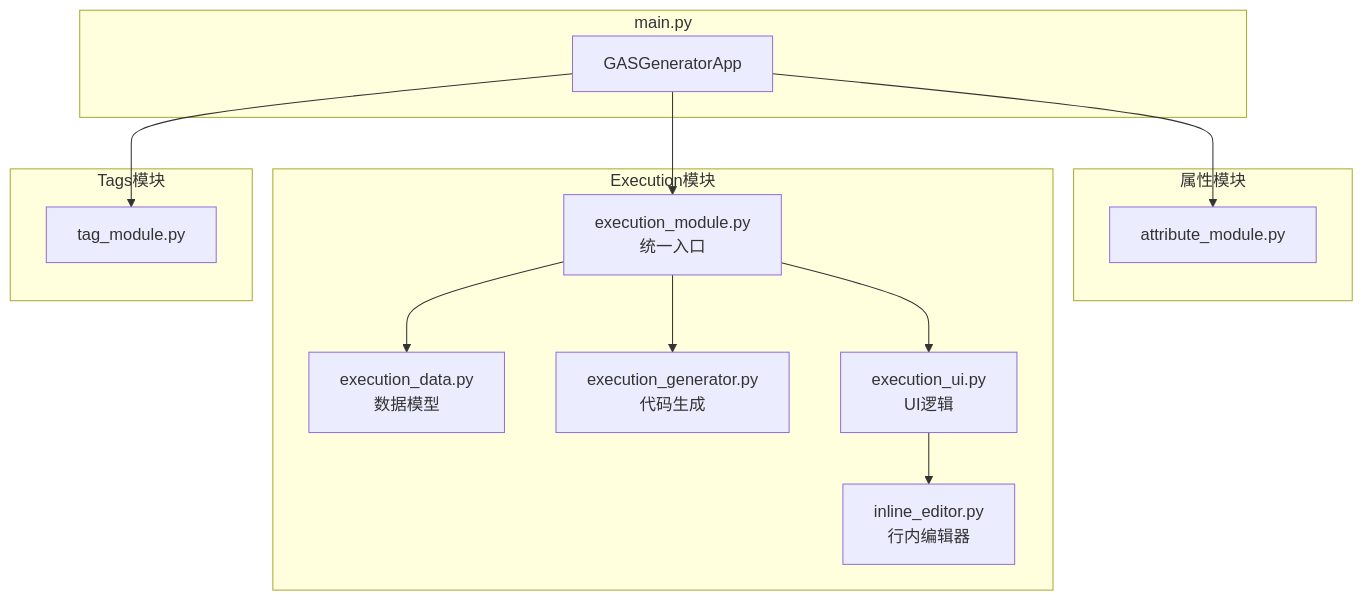
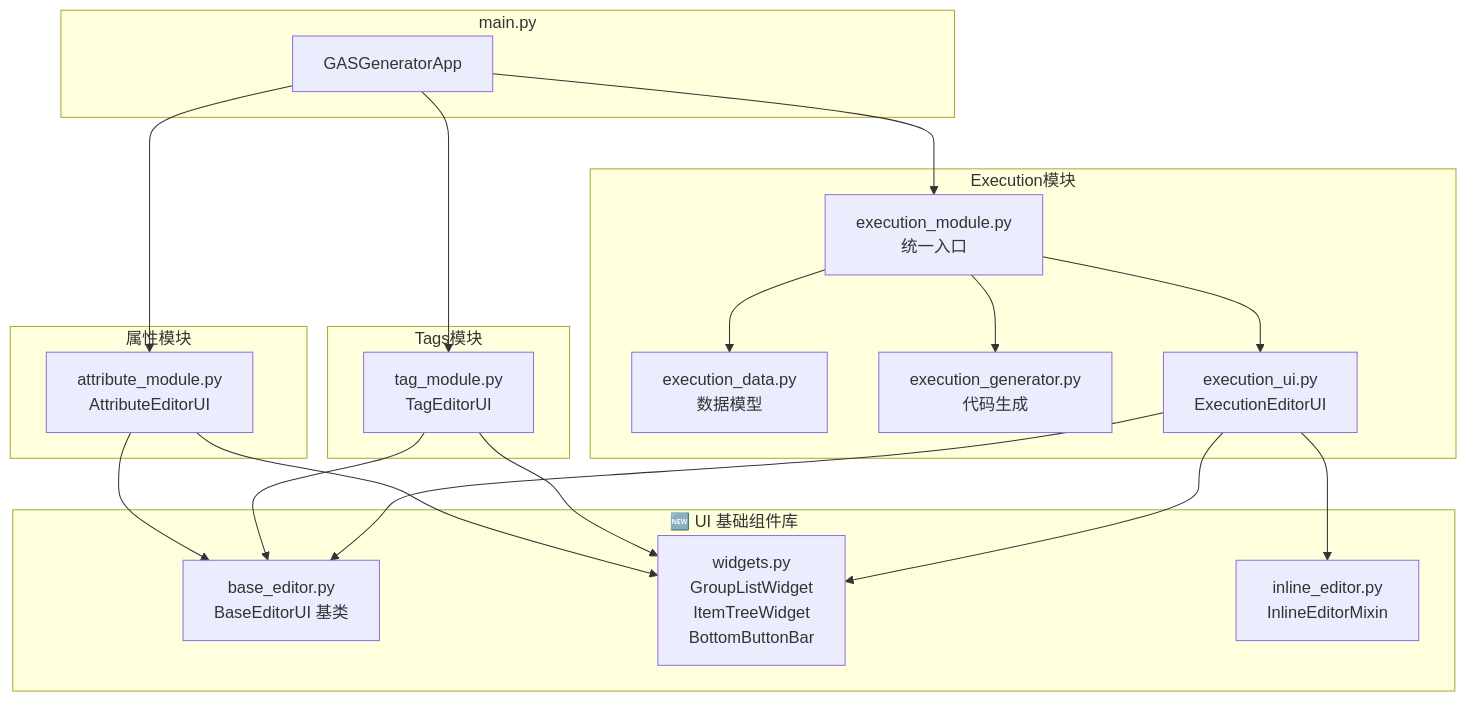
Before and after one commit to hinagigu/DJ01: the first of 2 diagrams in Tools/AttributeGenerator/README.md, drawn with Mermaid. The commit also changed other lines of this file and 99 other files, not shown here.

````diff
--- a/Tools/AttributeGenerator/README.md
+++ b/Tools/AttributeGenerator/README.md
@@ -444,31 +454,43 @@
 ```mermaid
 graph TB
     subgraph main.py
         App[GASGeneratorApp]
     end
     
+    subgraph ui_base[🆕 UI 基础组件库]
+        BE[base_editor.py<br/>BaseEditorUI 基类]
+        WG[widgets.py<br/>GroupListWidget<br/>ItemTreeWidget<br/>BottomButtonBar]
+        IE[inline_editor.py<br/>InlineEditorMixin]
+    end
+    
     subgraph 属性模块
-        AM[attribute_module.py]
+        AM[attribute_module.py<br/>AttributeEditorUI]
+    end
+    
+    subgraph Tags模块
+        TM[tag_module.py<br/>TagEditorUI]
     end
     
     subgraph Execution模块
         EM[execution_module.py<br/>统一入口]
         ED[execution_data.py<br/>数据模型]
         EG[execution_generator.py<br/>代码生成]
-        EU[execution_ui.py<br/>UI逻辑]
-        IE[inline_editor.py<br/>行内编辑器]
+        EU[execution_ui.py<br/>ExecutionEditorUI]
         
         EM --> ED
         EM --> EG
         EM --> EU
-        EU --> IE
-    end
-    
-    subgraph Tags模块
-        TM[tag_module.py]
     end
     
     App --> AM
+    App --> TM
     App --> EM
-    App --> TM
+    
+    AM --> BE
+    AM --> WG
+    TM --> BE
+    TM --> WG
+    EU --> BE
+    EU --> WG
+    EU --> IE
 ```
````
